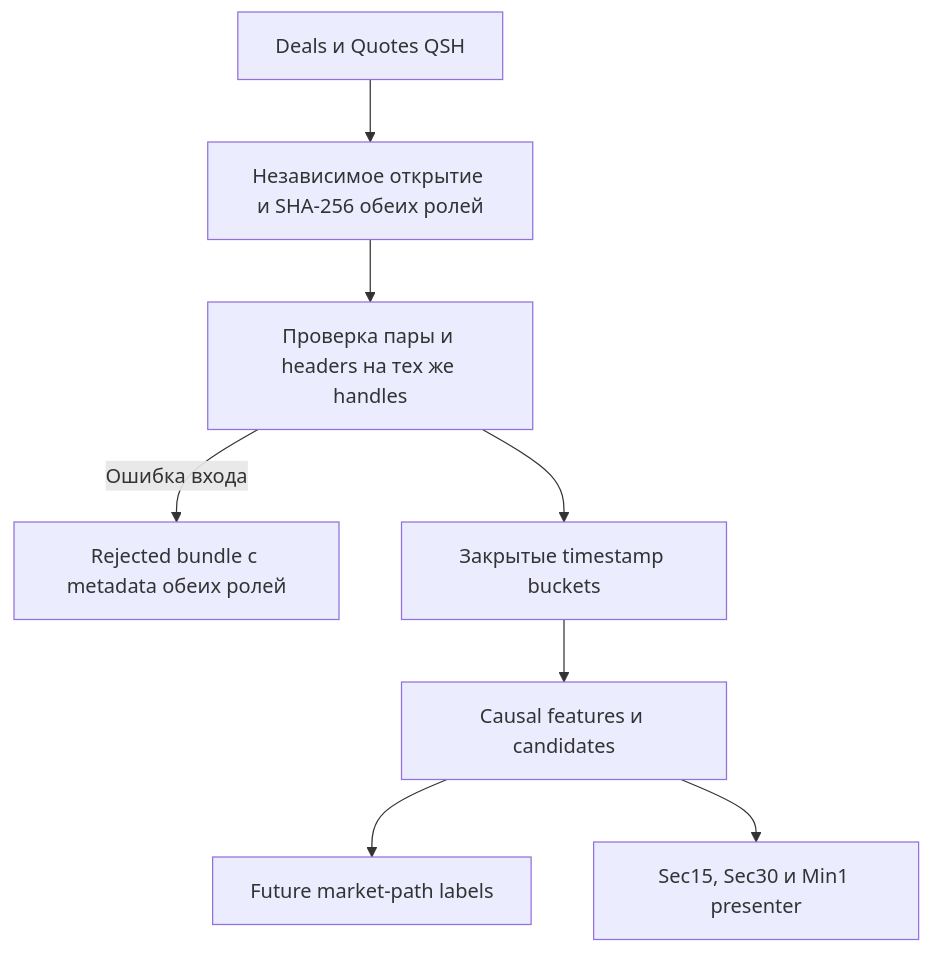
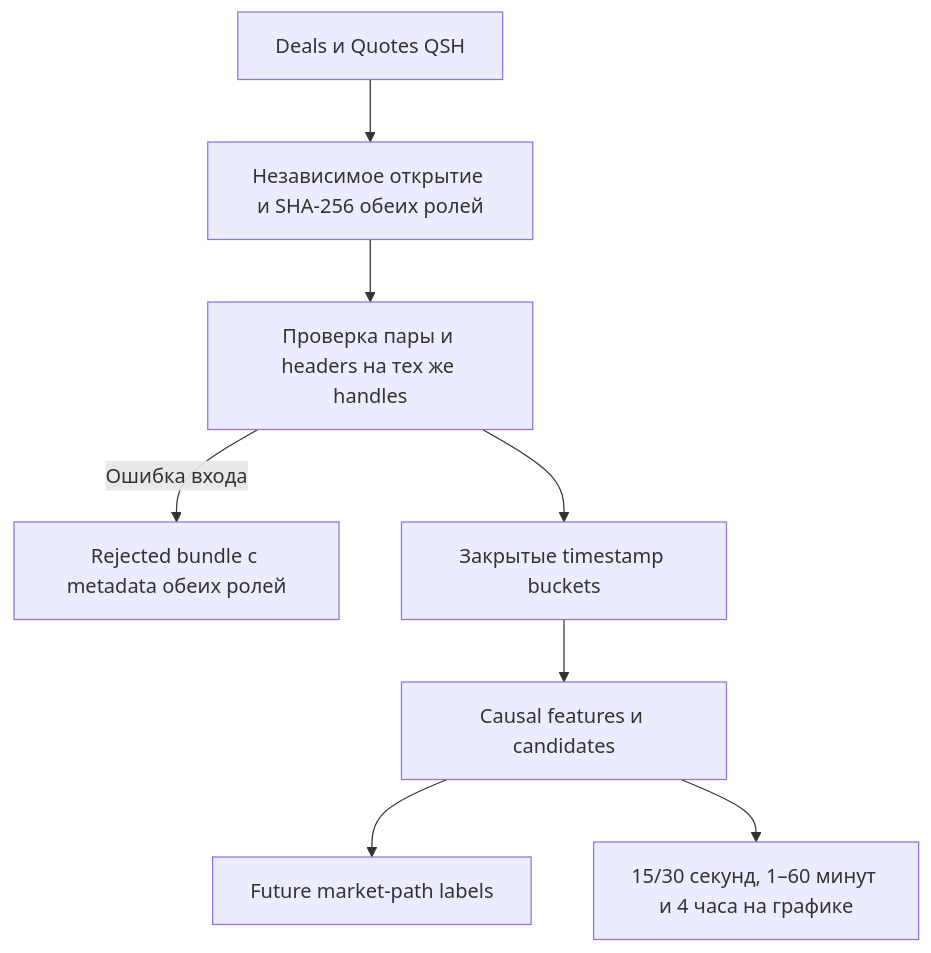
One commit to 2Rukin/OsEngine changed the first of 3 diagrams in project/Documentation/OrderFlow/RESEARCH_MVP_RUNBOOK.md. Above: the diagram before and after it, drawn with Mermaid. The commit also changed other lines of this file and 19 other files, not shown here.

First line of the commit message:
Add chart time zoom and QScalp archive downloads

````diff
--- a/project/Documentation/OrderFlow/RESEARCH_MVP_RUNBOOK.md
+++ b/project/Documentation/OrderFlow/RESEARCH_MVP_RUNBOOK.md
@@ -14,10 +14,10 @@
 ```mermaid
 flowchart TD
     A["Deals и Quotes QSH"] --> H["Независимое открытие и SHA-256 обеих ролей"]
     H --> B["Проверка пары и headers на тех же handles"]
     B -->|"Ошибка входа"| R["Rejected bundle с metadata обеих ролей"]
     B --> C["Закрытые timestamp buckets"]
     C --> D["Causal features и candidates"]
     D --> E["Future market-path labels"]
-    D --> F["Sec15, Sec30 и Min1 presenter"]
+    D --> F["15/30 секунд, 1–60 минут и 4 часа на графике"]
 ```
````
